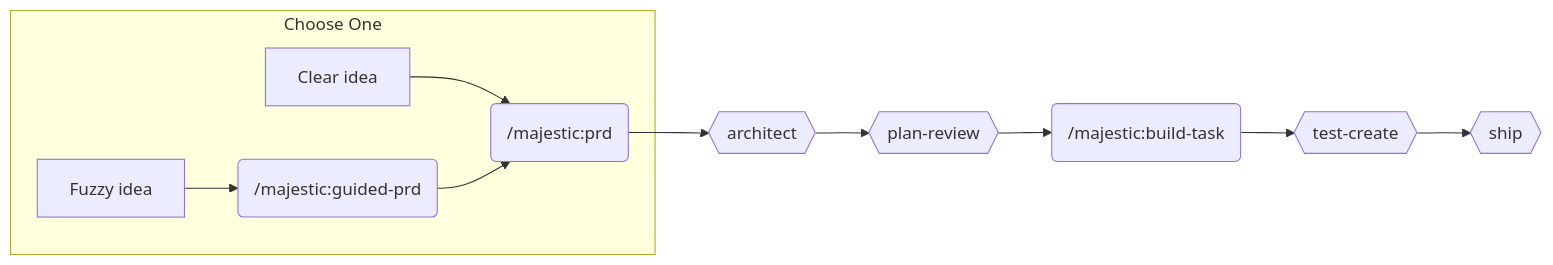
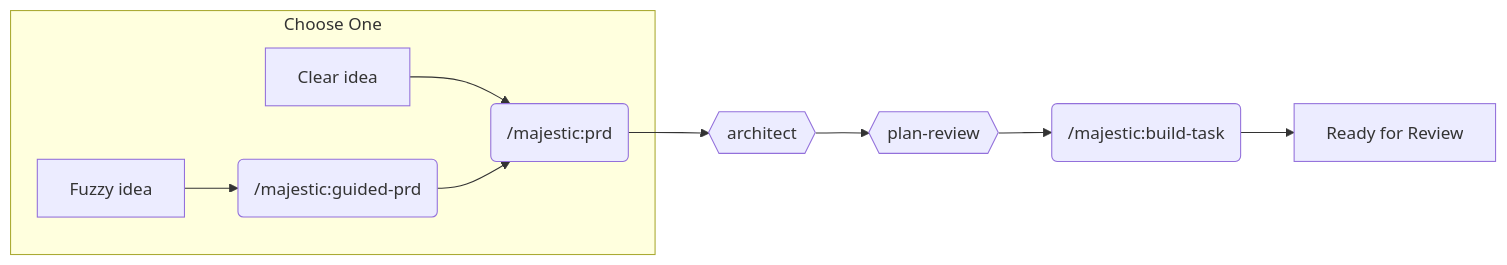
Before and after one commit to majesticlabs-dev/majestic-marketplace: the first of 2 diagrams in plugins/majestic-engineer/README.md, drawn with Mermaid. The commit also changed other lines of this file, not shown here.

Commit message:
docs: simplify workflows - build-task includes test/review/ship

````diff
--- a/plugins/majestic-engineer/README.md
+++ b/plugins/majestic-engineer/README.md
@@ -15,12 +15,11 @@
 ```mermaid
 graph LR
     subgraph "Choose One"
         A1[Clear idea] --> P(/majestic:prd)
         A2[Fuzzy idea] --> G(/majestic:guided-prd) --> P
     end
     P --> B{{architect}}
     B --> C{{plan-review}}
     C --> D(/majestic:build-task)
-    D --> E{{test-create}}
-    E --> F{{ship}}
+    D --> E[Ready for Review]
 ```
````
